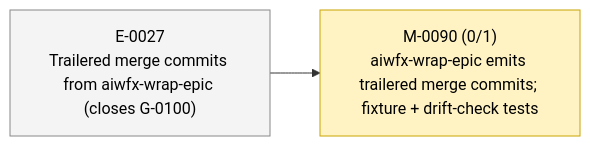
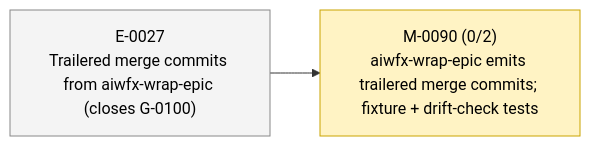
Before and after one commit to 23min/aiwf: the second of 2 diagrams in STATUS.md, drawn with Mermaid. The commit also changed other lines of this file and 1 other file, not shown here.

First line of the commit message:
aiwf add ac M-0090/AC-2 "Fixture body prescribes the trailered-merge sequence."

````diff
--- a/STATUS.md
+++ b/STATUS.md
@@ -51,12 +51,12 @@
 ```mermaid
 flowchart LR
   E_0027["E-0027<br/>Trailered merge commits from aiwfx-wrap-epic (closes G-0100)"]:::epic_proposed
-  M_0090["M-0090 (0/1)<br/>aiwfx-wrap-epic emits trailered merge commits; fixture + drift-check tests"]:::ms_in_progress
+  M_0090["M-0090 (0/2)<br/>aiwfx-wrap-epic emits trailered merge commits; fixture + drift-check tests"]:::ms_in_progress
   E_0027 --> M_0090
   classDef epic_active fill:#d6eaff,stroke:#1a73e8,color:#000
   classDef epic_proposed fill:#f4f4f4,stroke:#888,color:#000
   classDef ms_done fill:#d8f5d8,stroke:#2a8a2a,color:#000
   classDef ms_in_progress fill:#fff3c4,stroke:#caa400,color:#000
   classDef ms_draft fill:#f4f4f4,stroke:#888,color:#000
   classDef ms_cancelled fill:#fbeaea,stroke:#c33,color:#000
 ```
````
